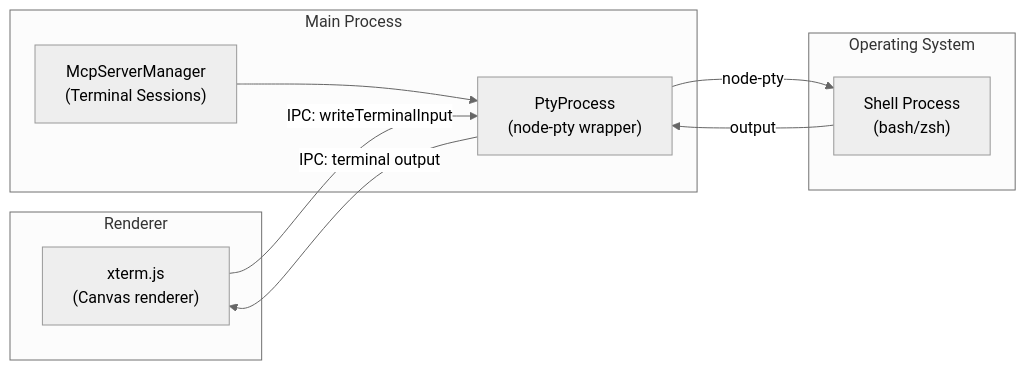
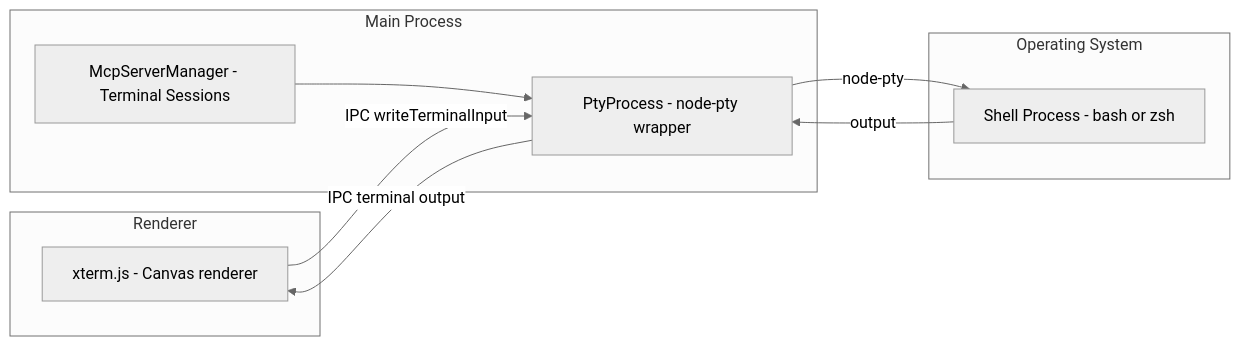
Before and after one commit to ChrisFeldmeier/codex-research: the first of 2 diagrams in 10-terminal-system.md, drawn with Mermaid (neutral theme). The commit also changed other lines of this file and 10 other files, not shown here.

Commit message:
Refactor mermaid diagrams for improved clarity and consistency in label descriptions across various documentation files

````diff
--- a/10-terminal-system.md
+++ b/10-terminal-system.md
@@ -9,22 +9,22 @@
 ```mermaid
 flowchart LR
     subgraph "Renderer"
-        XTERM["xterm.js<br/>(Canvas renderer)"]
+        XTERM["xterm.js - Canvas renderer"]
     end
 
     subgraph "Main Process"
-        PTY_MOD["PtyProcess<br/>(node-pty wrapper)"]
-        MCP_TERM["McpServerManager<br/>(Terminal Sessions)"]
+        PTY_MOD["PtyProcess - node-pty wrapper"]
+        MCP_TERM["McpServerManager - Terminal Sessions"]
     end
 
     subgraph "Operating System"
-        SHELL["Shell Process<br/>(bash/zsh)"]
+        SHELL["Shell Process - bash or zsh"]
     end
 
-    XTERM -->|"IPC: writeTerminalInput"| PTY_MOD
+    XTERM -->|"IPC writeTerminalInput"| PTY_MOD
     PTY_MOD -->|"node-pty"| SHELL
     SHELL -->|"output"| PTY_MOD
-    PTY_MOD -->|"IPC: terminal output"| XTERM
+    PTY_MOD -->|"IPC terminal output"| XTERM
 
     MCP_TERM --> PTY_MOD
 ```
````
